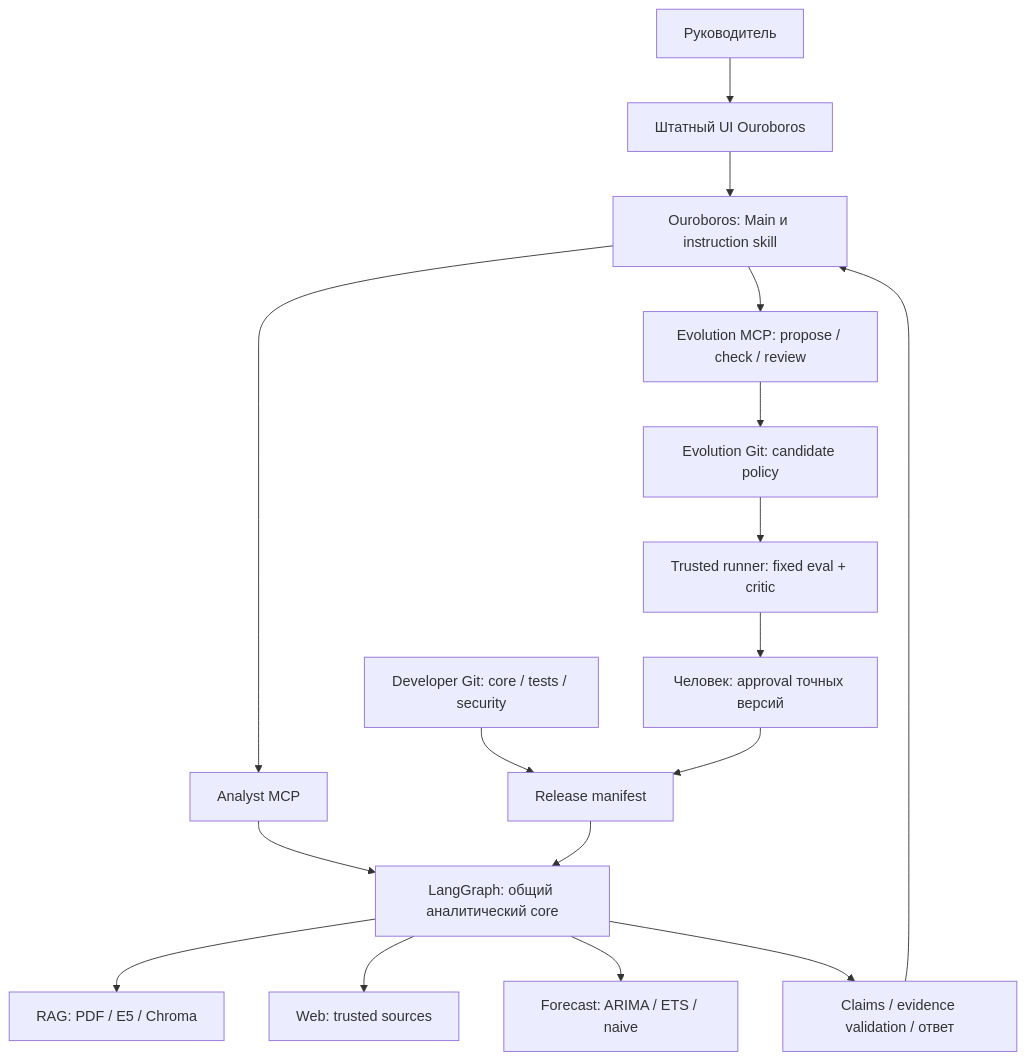
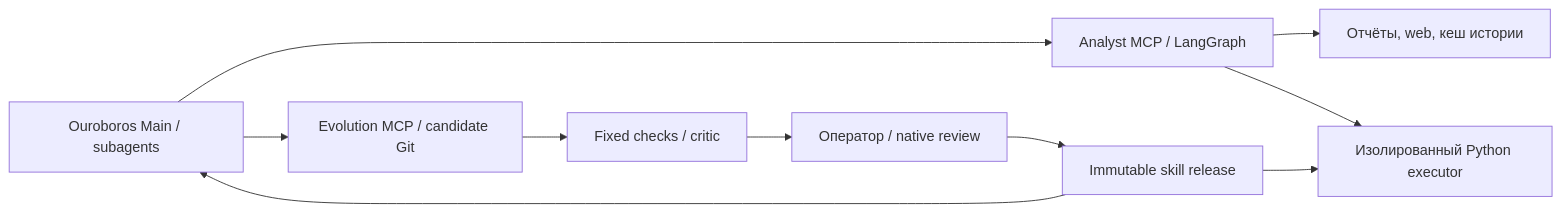
Before and after one commit to HolyBayes/oilagent-core: the diagram in ARCHITECTURE.md, drawn with Mermaid. The commit also changed other lines of this file and 31 other files, not shown here.

Commit message:
Enforce verified native delivery, check clean bootstrap and shorten documentation

````diff
--- a/ARCHITECTURE.md
+++ b/ARCHITECTURE.md
@@ -28,20 +5,12 @@
 ```mermaid
-flowchart TB
-    U[Руководитель] --> UI[Штатный UI Ouroboros]
-    UI --> O[Ouroboros: Main и instruction skill]
-    O --> M[Analyst MCP]
-    G[LangGraph: общий аналитический core]
-    M --> G
-    G --> R[RAG: PDF / E5 / Chroma]
-    G --> W[Web: trusted sources]
-    G --> F[Forecast: ARIMA / ETS / naive]
-    G --> V[Claims / evidence validation / ответ]
-    V --> O
-    O --> X[Evolution MCP: propose / check / review]
-    X --> E[Evolution Git: candidate policy]
-    E --> C[Trusted runner: fixed eval + critic]
-    C --> H[Человек: approval точных версий]
-    D[Developer Git: core / tests / security] --> B[Release manifest]
-    H --> B
-    B --> G
+flowchart LR
+  UI[Ouroboros Main / subagents] --> MCP[Analyst MCP / LangGraph]
+  MCP --> DATA[Отчёты, web, кеш истории]
+  MCP --> RUN[Изолированный Python executor]
+  REL[Immutable skill release] --> RUN
+  REL --> UI
+  UI --> EVO[Evolution MCP / candidate Git]
+  EVO --> CHECK[Fixed checks / critic]
+  CHECK --> OP[Оператор / native review]
+  OP --> REL
 ```
````
